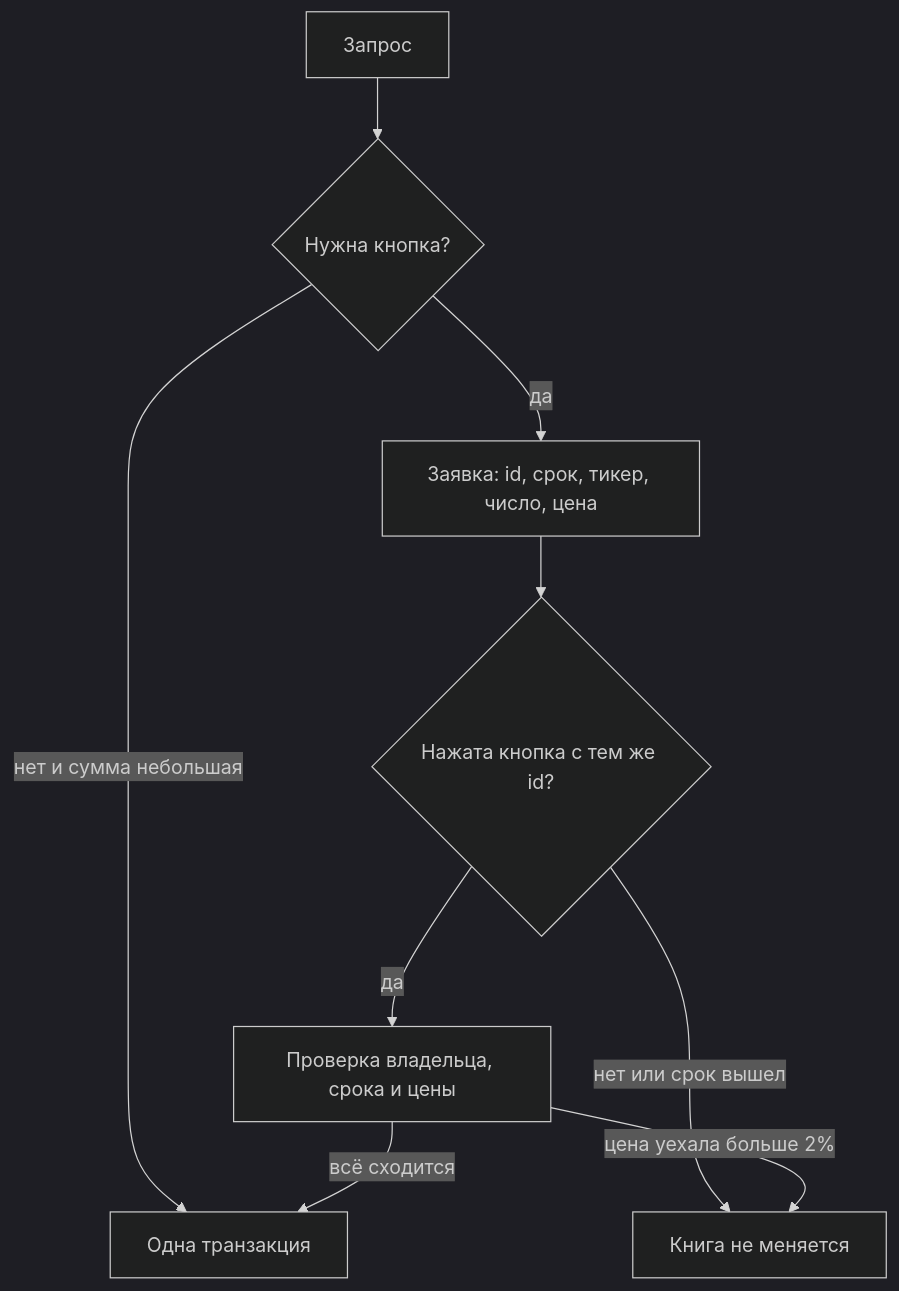
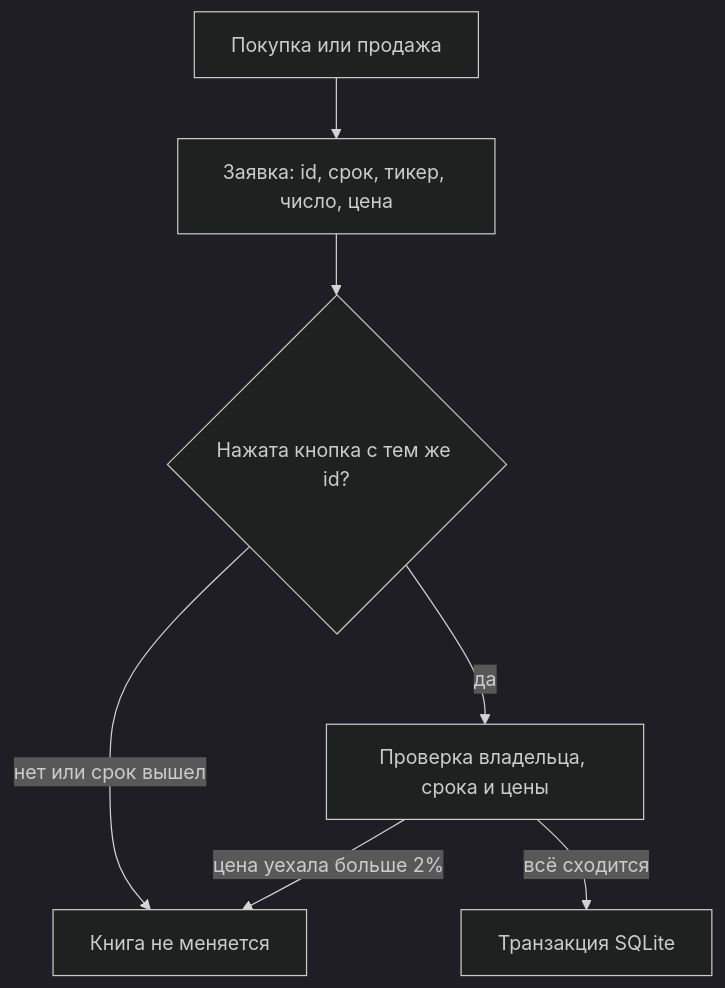
Before and after one commit to truchekaterina/mlsecops_agent: the third of 3 diagrams in отчет по проделанной работе/03_Безопасность_до_и_после.md, drawn with Mermaid (dark theme). The commit also changed other lines of this file and 12 other files, not shown here.

````diff
--- a/отчет по проделанной работе/03_Безопасность_до_и_после.md
+++ b/отчет по проделанной работе/03_Безопасность_до_и_после.md
@@ -287,11 +287,9 @@
 ```mermaid
 flowchart TD
-    Q[Запрос] --> C{Нужна кнопка?}
-    C -->|нет и сумма небольшая| X[Одна транзакция]
-    C -->|да| T[Заявка: id, срок, тикер, число, цена]
+    Q[Покупка или продажа] --> T[Заявка: id, срок, тикер, число, цена]
     T --> B{Нажата кнопка с тем же id?}
     B -->|нет или срок вышел| N[Книга не меняется]
     B -->|да| V[Проверка владельца, срока и цены]
     V -->|цена уехала больше 2%| N
-    V -->|всё сходится| X
+    V -->|всё сходится| X[Транзакция SQLite]
 ```
````
